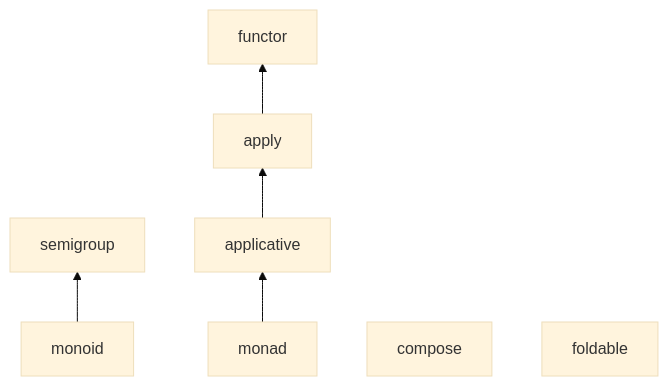
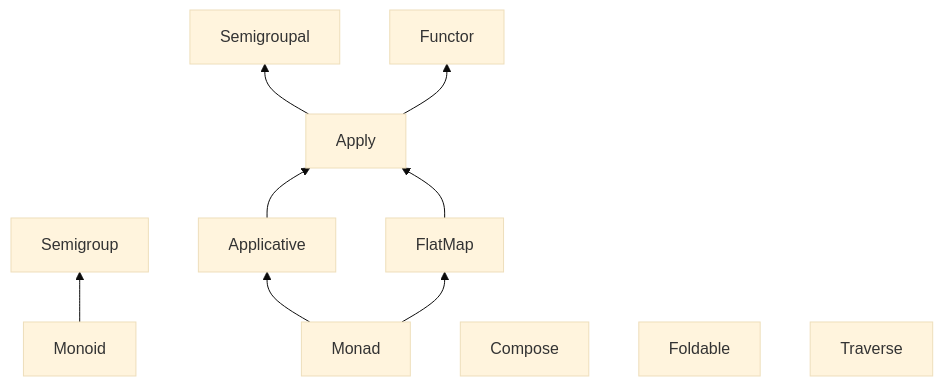
One commit to lamdalib/kuram changed the diagram in README.md. Above: the diagram before and after it, drawn with Mermaid (base theme).

Commit message:
docs: infographic for typeclasses

````diff
--- a/README.md
+++ b/README.md
@@ -135,7 +135,10 @@
 ```mermaid
 flowchart BT
-    monoid --> semigroup
-    monad --> applicative --> apply --> functor
-    compose
-    foldable
+    Monoid --> Semigroup
+
+    Monad --> Applicative & FlatMap --> Apply --> Semigroupal & Functor
+
+    Compose
+    Foldable
+    Traverse
 ```
````
